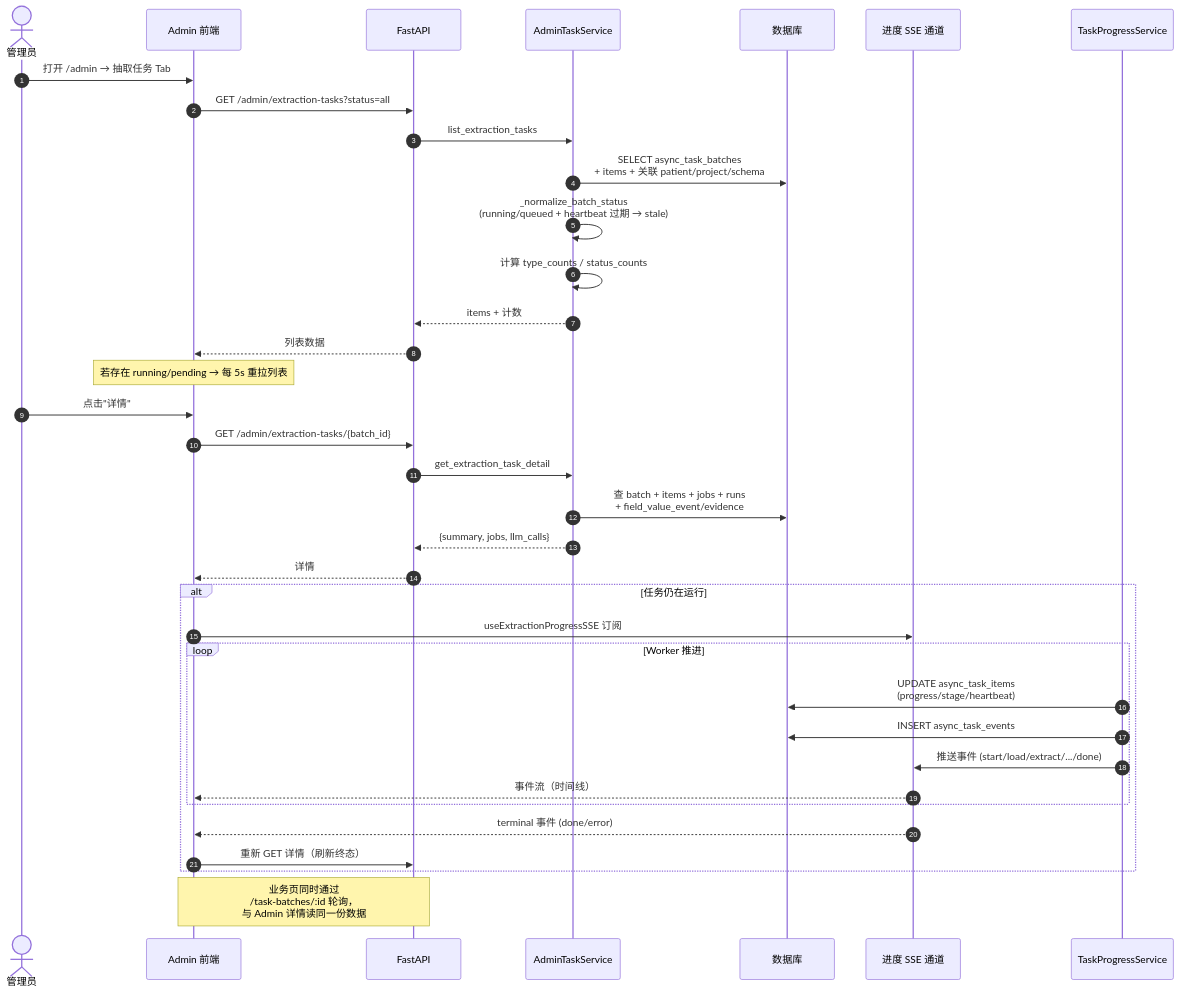
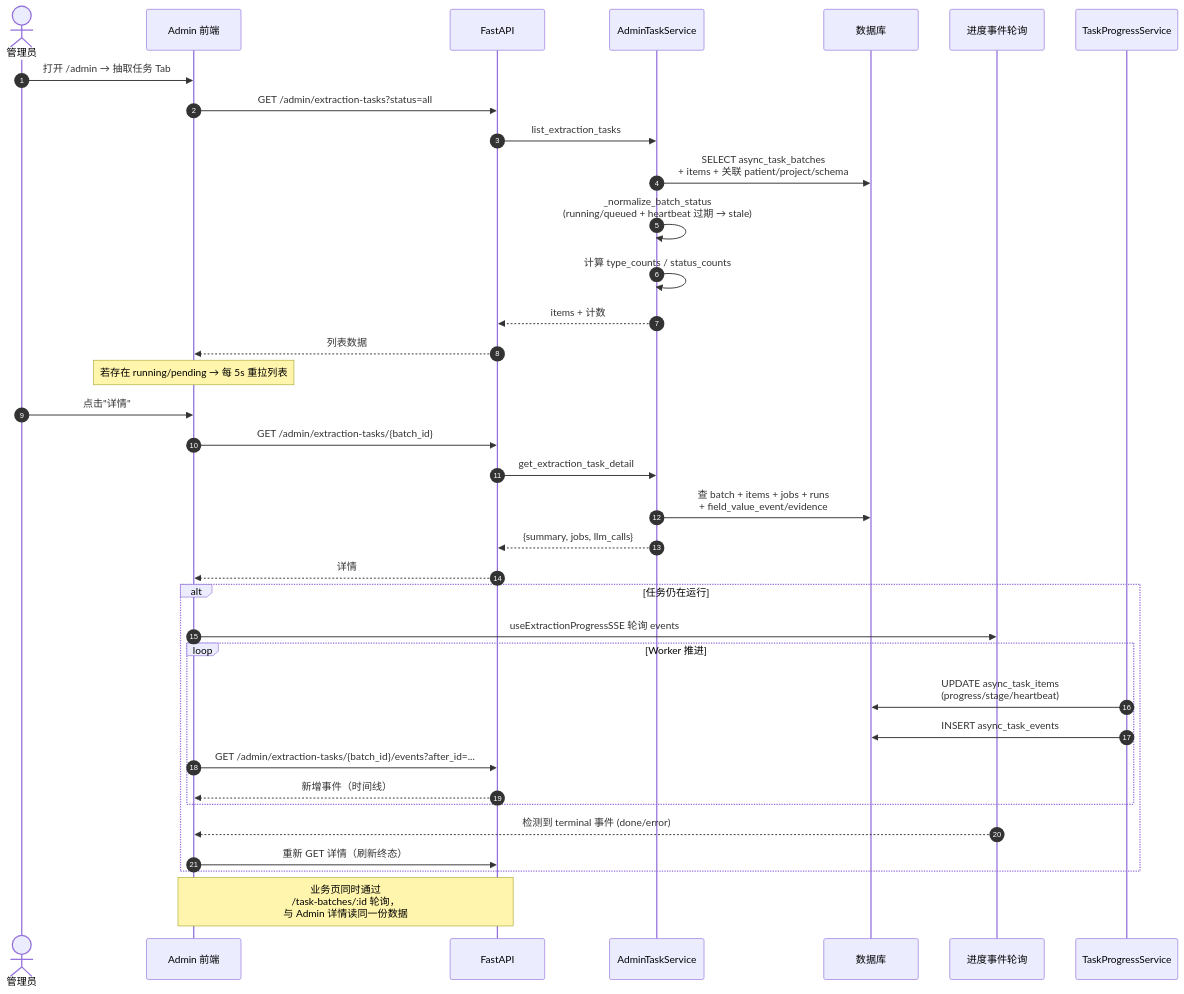
The second of 2 diagrams in delivery/02_业务域/管理后台/业务流程-异步任务监控.md (HFHL/eacy_project), drawn with Mermaid before and after one commit. The commit also changed other lines of this file and 287 other files, not shown here.

````diff
--- a/delivery/02_业务域/管理后台/业务流程-异步任务监控.md
+++ b/delivery/02_业务域/管理后台/业务流程-异步任务监控.md
@@ -73,42 +73,42 @@
 ```mermaid
 sequenceDiagram
     autonumber
     actor U as 管理员
     participant FE as Admin 前端
     participant API as FastAPI
     participant SVC as AdminTaskService
     participant DB as 数据库
-    participant SSE as 进度 SSE 通道
+    participant EV as 进度事件轮询
     participant TPS as TaskProgressService
 
     U->>FE: 打开 /admin → 抽取任务 Tab
     FE->>API: GET /admin/extraction-tasks?status=all
     API->>SVC: list_extraction_tasks
     SVC->>DB: SELECT async_task_batches<br/>+ items + 关联 patient/project/schema
     SVC->>SVC: _normalize_batch_status<br/>(running/queued + heartbeat 过期 → stale)
     SVC->>SVC: 计算 type_counts / status_counts
     SVC-->>API: items + 计数
     API-->>FE: 列表数据
     Note over FE: 若存在 running/pending → 每 5s 重拉列表
 
     U->>FE: 点击"详情"
     FE->>API: GET /admin/extraction-tasks/{batch_id}
     API->>SVC: get_extraction_task_detail
     SVC->>DB: 查 batch + items + jobs + runs<br/>+ field_value_event/evidence
     SVC-->>API: {summary, jobs, llm_calls}
     API-->>FE: 详情
 
     alt 任务仍在运行
-        FE->>SSE: useExtractionProgressSSE 订阅
+        FE->>EV: useExtractionProgressSSE 轮询 events
         loop Worker 推进
             TPS->>DB: UPDATE async_task_items<br/>(progress/stage/heartbeat)
             TPS->>DB: INSERT async_task_events
-            TPS->>SSE: 推送事件 (start/load/extract/.../done)
-            SSE-->>FE: 事件流（时间线）
+            FE->>API: GET /admin/extraction-tasks/{batch_id}/events?after_id=...
+            API-->>FE: 新增事件（时间线）
         end
-        SSE-->>FE: terminal 事件 (done/error)
+        EV-->>FE: 检测到 terminal 事件 (done/error)
         FE->>API: 重新 GET 详情（刷新终态）
     end
 
     Note over FE,API: 业务页同时通过<br/>/task-batches/:id 轮询，<br/>与 Admin 详情读同一份数据
 ```
````
